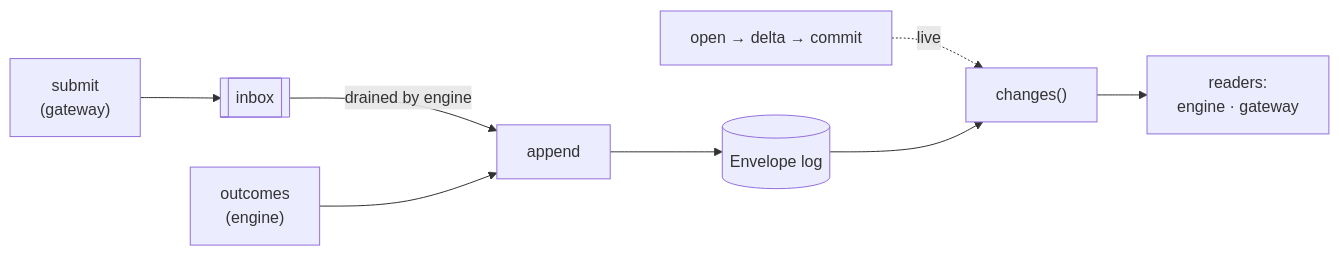
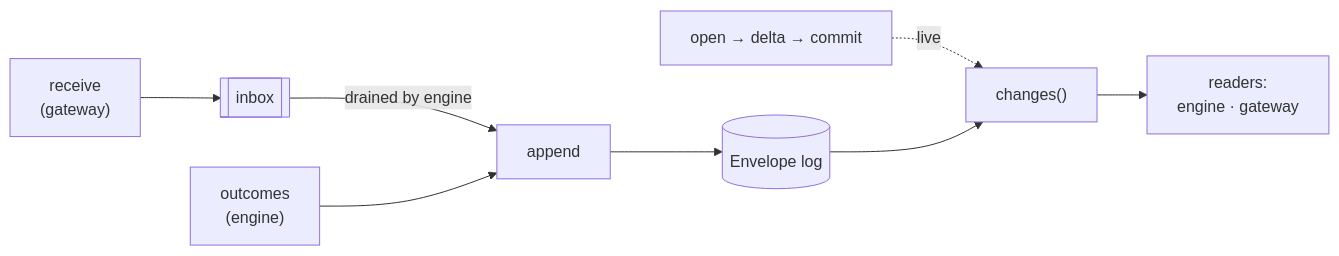
Before and after one commit to nicolaei/behalf: the fifth of 6 diagrams in docs/reference.md, drawn with Mermaid. The commit also changed other lines of this file and 3 other files, not shown here.

````diff
--- a/docs/reference.md
+++ b/docs/reference.md
@@ -934,10 +934,10 @@
 ```mermaid
 flowchart LR
-  Submit["submit<br/>(gateway)"] --> Inbox[["inbox"]]
+  Receive["receive<br/>(gateway)"] --> Inbox[["inbox"]]
   Inbox -->|"drained by engine"| Append["append"]
   Outcomes["outcomes<br/>(engine)"] --> Append
   Append --> Log[("Envelope log")]
   Stream["open → delta → commit"] -.->|"live"| Changes["changes()"]
   Log --> Changes
   Changes --> Readers["readers:<br/>engine · gateway"]
 ```
````
